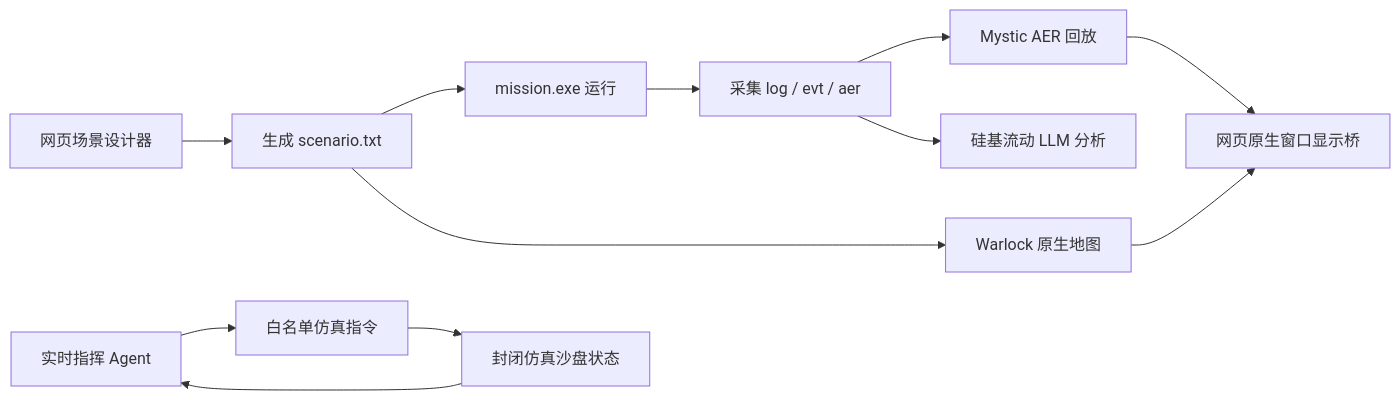
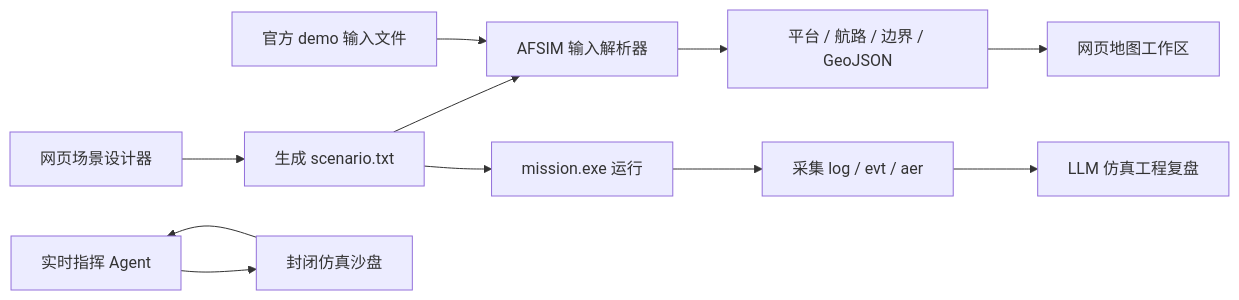
One commit to mxh111/AFSIM changed the diagram in docs/ARCHITECTURE.md. Above: the diagram before and after it, drawn with Mermaid. The commit also changed other lines of this file and 13 other files, not shown here.

````diff
--- a/docs/ARCHITECTURE.md
+++ b/docs/ARCHITECTURE.md
@@ -9,14 +11,13 @@
 ```mermaid
 flowchart LR
   A["网页场景设计器"] --> B["生成 scenario.txt"]
-  B --> C["mission.exe 运行"]
-  C --> D["采集 log / evt / aer"]
-  B --> E["Warlock 原生地图"]
-  D --> F["Mystic AER 回放"]
-  D --> G["硅基流动 LLM 分析"]
-  I["实时指挥 Agent"] --> J["白名单仿真指令"]
-  J --> K["封闭仿真沙盘状态"]
-  K --> I
-  E --> H["网页原生窗口显示桥"]
-  F --> H
+  B --> C["AFSIM 输入解析器"]
+  C --> D["平台 / 航路 / 边界 / GeoJSON"]
+  D --> E["网页地图工作区"]
+  B --> F["mission.exe 运行"]
+  F --> G["采集 log / evt / aer"]
+  G --> H["LLM 仿真工程复盘"]
+  I["官方 demo 输入文件"] --> C
+  J["实时指挥 Agent"] --> K["封闭仿真沙盘"]
+  K --> J
 ```
````
